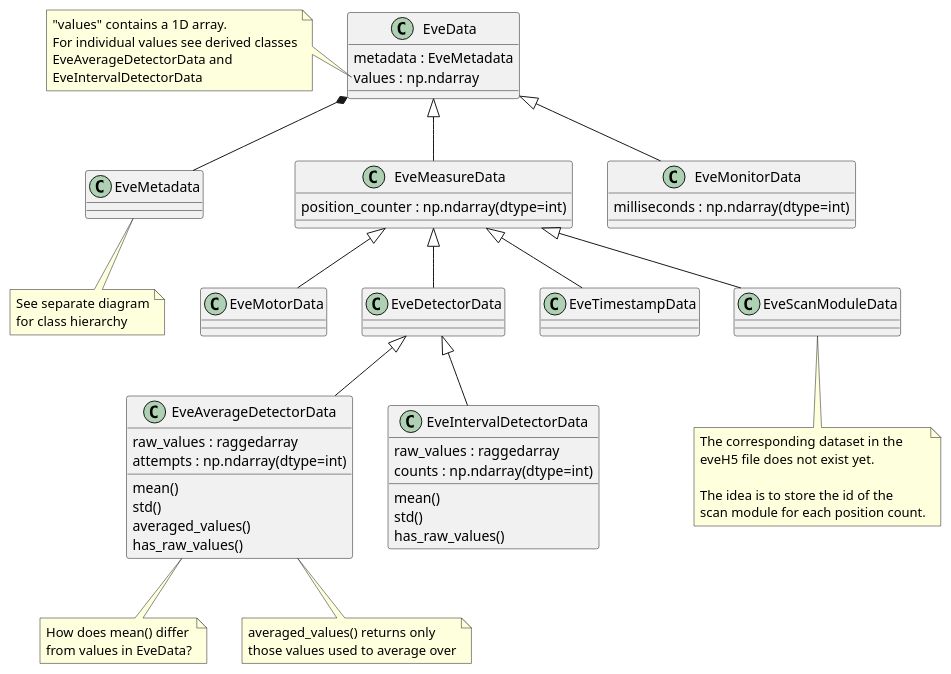
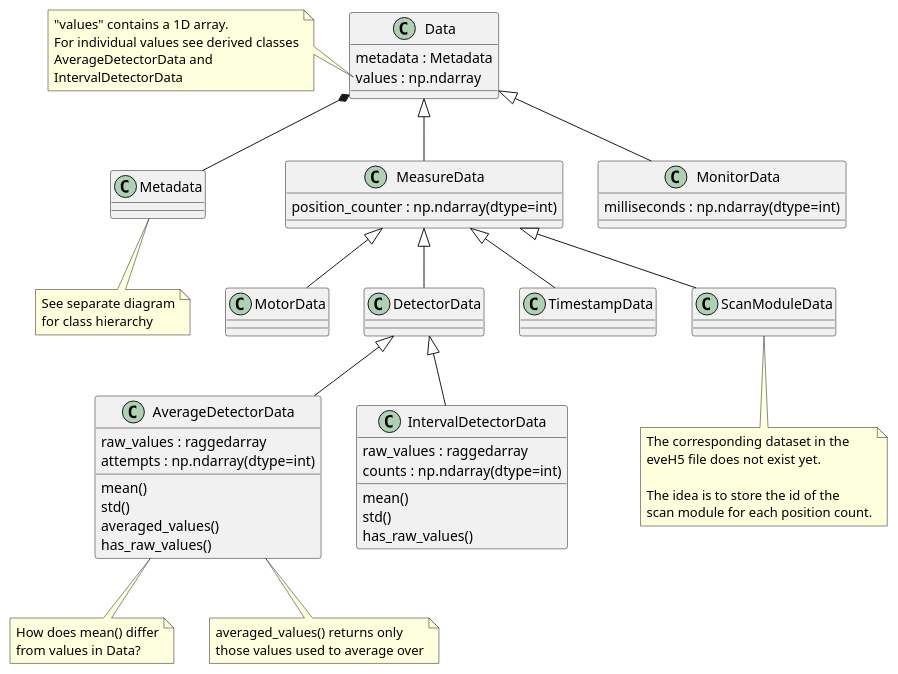
Before and after one commit to tillbiskup/evedata: the diagram in docs/uml/evedata.evefile.data.puml, drawn with PlantUML. The commit also changed 5 other files, not shown here.

Commit message:
Remove "Eve" prefix on evedata.evefile.data and evedata.evefile.metadata classes

```diff
--- a/docs/uml/evedata.evefile.data.puml
+++ b/docs/uml/evedata.evefile.data.puml
@@ -1,75 +1,75 @@
 @startuml
 'skinparam dpi 150
 
-class EveData {
-    metadata : EveMetadata
+class Data {
+    metadata : Metadata
     values : np.ndarray
 }
-note left of EveData::values
+note left of Data::values
     "values" contains a 1D array.
     For individual values see derived classes
-    EveAverageDetectorData and
-    EveIntervalDetectorData
+    AverageDetectorData and
+    IntervalDetectorData
 end note
 
-class EveMetadata {
+class Metadata {
 }
 note bottom: See separate diagram\nfor class hierarchy
 
-class EveMeasureData {
+class MeasureData {
     {field} position_counter : np.ndarray(dtype=int)
 }
 
-class EveMonitorData {
+class MonitorData {
     {field} milliseconds : np.ndarray(dtype=int)
 }
 
-class EveMotorData {
+class MotorData {
 }
 
-class EveDetectorData {
+class DetectorData {
 }
 
-class EveTimestampData {
+class TimestampData {
 }
 
-class EveScanModuleData {
+class ScanModuleData {
 }
 note bottom
     The corresponding dataset in the
     eveH5 file does not exist yet.
 
     The idea is to store the id of the
     scan module for each position count.
 end note
 
-class EveAverageDetectorData {
+class AverageDetectorData {
     raw_values : raggedarray
     {field} attempts : np.ndarray(dtype=int)
     mean()
     std()
     averaged_values()
     has_raw_values()
 }
-note bottom: How does mean() differ\nfrom values in EveData?
-note bottom of EveAverageDetectorData: averaged_values() returns only\nthose values used to average over
+note bottom: How does mean() differ\nfrom values in Data?
+note bottom of AverageDetectorData: averaged_values() returns only\nthose values used to average over
 
-class EveIntervalDetectorData {
+class IntervalDetectorData {
     raw_values : raggedarray
     {field} counts : np.ndarray(dtype=int)
     mean()
     std()
     has_raw_values()
 }
 
-EveData *-- EveMetadata
-EveData <|-- EveMeasureData
-EveData <|-- EveMonitorData
-EveMeasureData <|-- EveMotorData
-EveMeasureData <|-- EveDetectorData
-EveMeasureData <|-- EveTimestampData
-EveMeasureData <|-- EveScanModuleData
-EveDetectorData <|-- EveAverageDetectorData
-EveDetectorData <|-- EveIntervalDetectorData
+Data *-- Metadata
+Data <|-- MeasureData
+Data <|-- MonitorData
+MeasureData <|-- MotorData
+MeasureData <|-- DetectorData
+MeasureData <|-- TimestampData
+MeasureData <|-- ScanModuleData
+DetectorData <|-- AverageDetectorData
+DetectorData <|-- IntervalDetectorData
 
 @enduml
```
